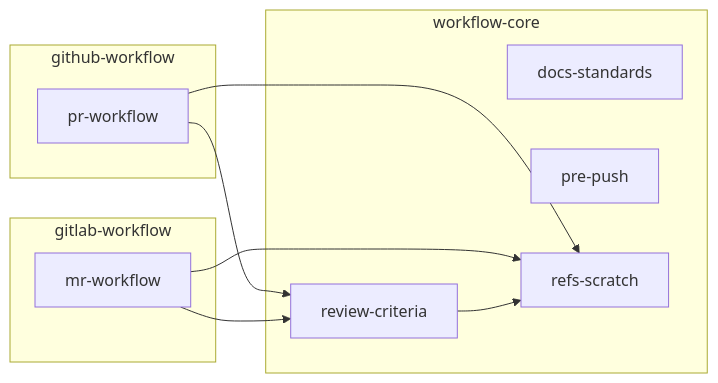
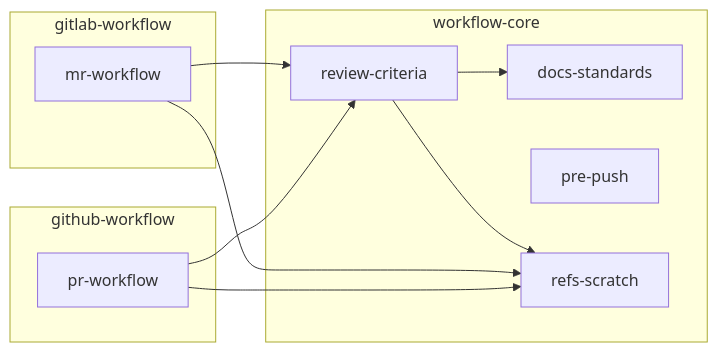
Before and after one commit to nil-park/claude-workflow-kit: the diagram in docs/architecture/skill-references.md, drawn with Mermaid. The commit also changed other lines of this file and 1 other file, not shown here.

````diff
--- a/docs/architecture/skill-references.md
+++ b/docs/architecture/skill-references.md
@@ -3,21 +3,22 @@
 ```mermaid
 flowchart LR
   subgraph wc["workflow-core"]
     ds["docs-standards"]
     pp["pre-push"]
     rc["review-criteria"]
     rs["refs-scratch"]
   end
   subgraph gh["github-workflow"]
     pr["pr-workflow"]
   end
   subgraph gl["gitlab-workflow"]
     mr["mr-workflow"]
   end
 
   pr --> rc
   mr --> rc
   pr --> rs
   mr --> rs
   rc --> rs
+  rc --> ds
 ```
````
